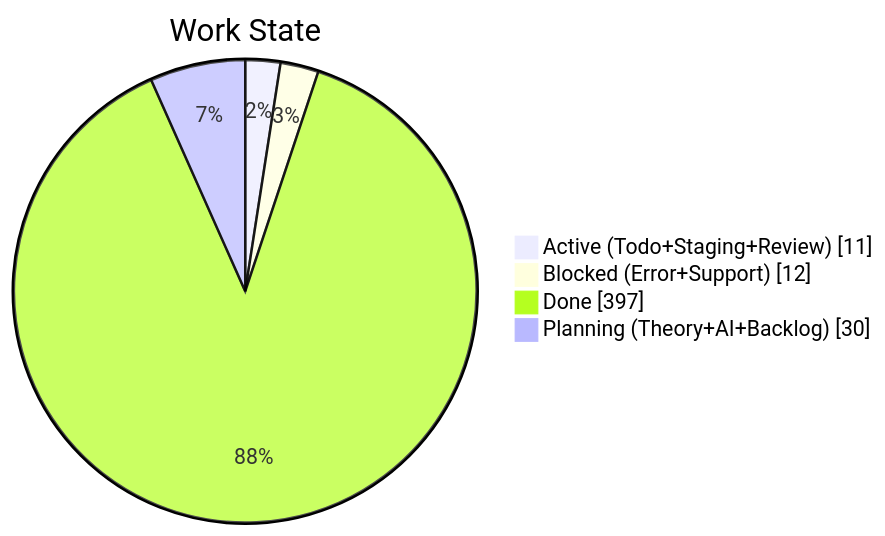
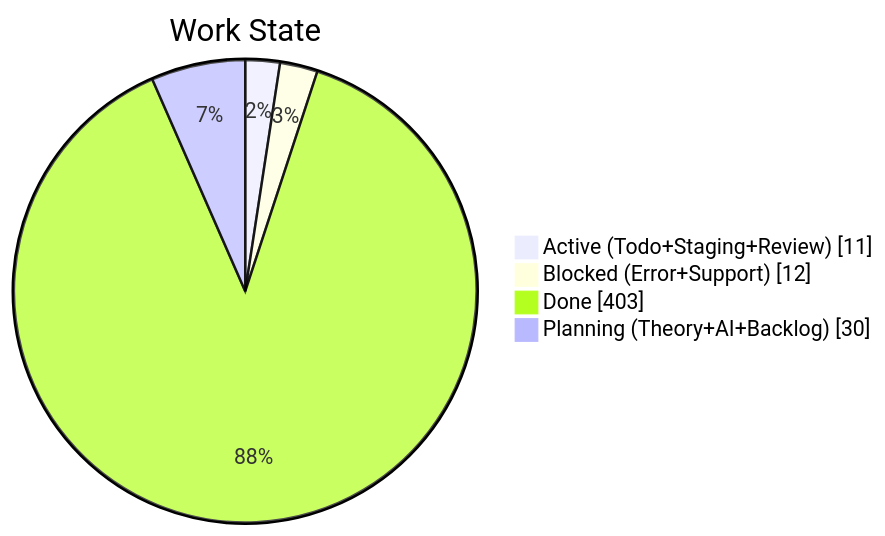
One commit to KBVE/kbve changed the second of 4 diagrams in apps/kbve/astro-kbve/src/content/docs/dashboard/kanban.mdx. Above: the diagram before and after it, drawn with Mermaid. The commit also changed other lines of this file and 7 other files, not shown here.

````diff
--- a/apps/kbve/astro-kbve/src/content/docs/dashboard/kanban.mdx
+++ b/apps/kbve/astro-kbve/src/content/docs/dashboard/kanban.mdx
@@ -68,8 +68,8 @@
 ```mermaid
 pie showData
     title Work State
     "Active (Todo+Staging+Review)" : 11
     "Blocked (Error+Support)" : 12
-    "Done" : 397
+    "Done" : 403
     "Planning (Theory+AI+Backlog)" : 30
 ```
````
